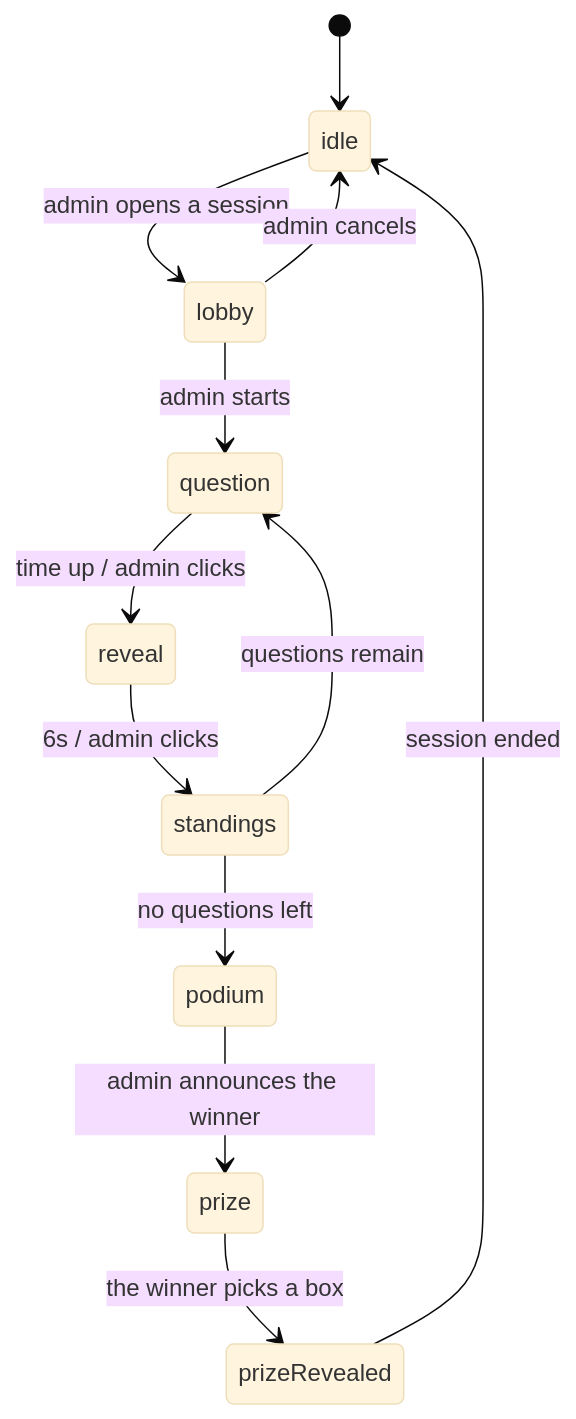
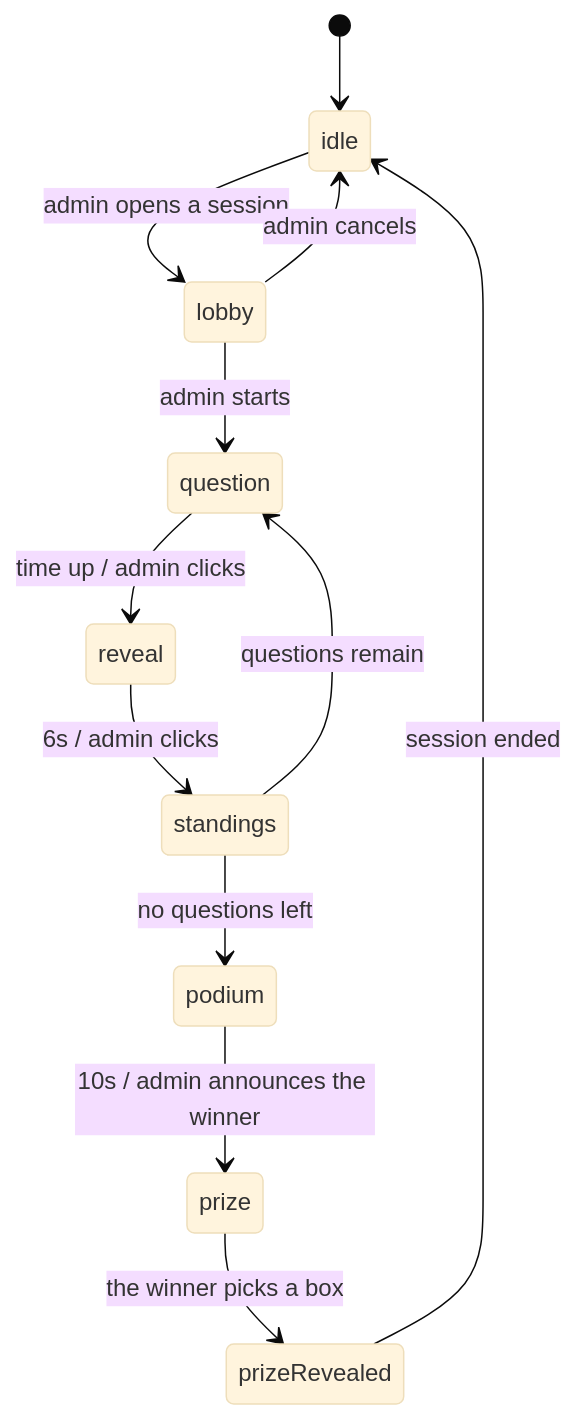
The diagram in docs/architecture.md (kiu-chan/open-day-quiz), drawn with Mermaid (base theme) before and after one commit. The commit also changed other lines of this file and 4 other files, not shown here.

````diff
--- a/docs/architecture.md
+++ b/docs/architecture.md
@@ -114,14 +114,14 @@
 ```mermaid
 stateDiagram-v2
     [*] --> idle
     idle --> lobby: admin opens a session
     lobby --> question: admin starts
     question --> reveal: time up / admin clicks
     reveal --> standings: 6s / admin clicks
     standings --> question: questions remain
     standings --> podium: no questions left
-    podium --> prize: admin announces the winner
+    podium --> prize: 10s / admin announces the winner
     prize --> prizeRevealed: the winner picks a box
     prizeRevealed --> idle: session ended
     lobby --> idle: admin cancels
 ```
````
